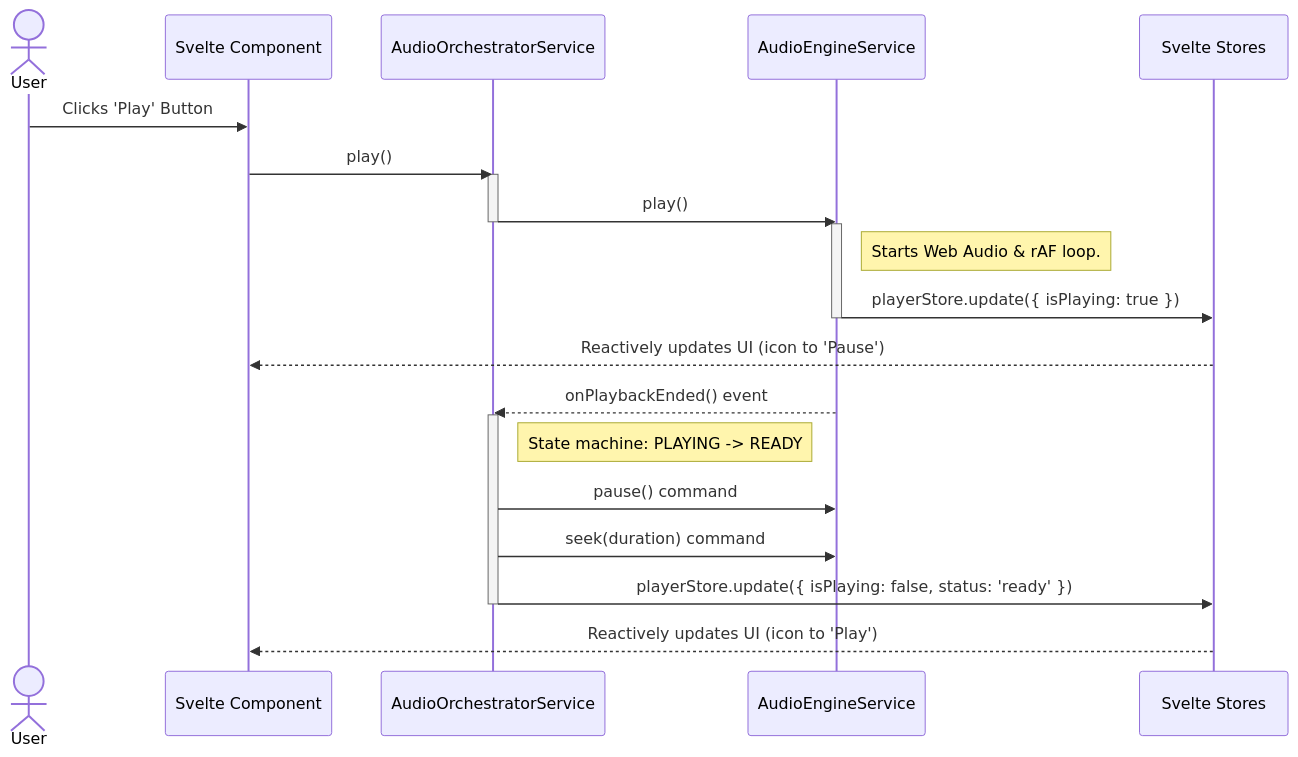
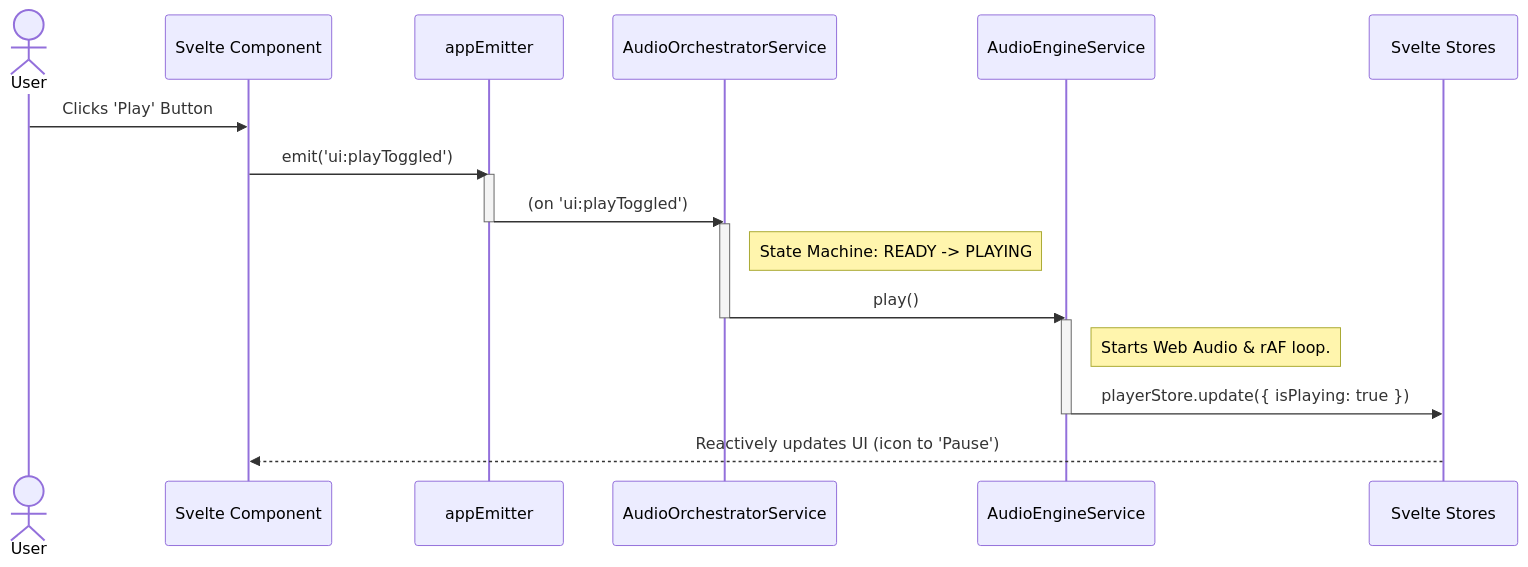
The second of 2 diagrams in REFACTOR_PLAN.md (averykhoo/vibe-player-v3), drawn with Mermaid before and after one commit. The commit also changed other lines of this file, not shown here.

````diff
--- a/REFACTOR_PLAN.md
+++ b/REFACTOR_PLAN.md
@@ -1173,29 +1140,28 @@
 ```mermaid
 sequenceDiagram
     actor User
     participant UI as Svelte Component
+    participant Emitter as appEmitter
     participant Orchestrator as AudioOrchestratorService
     participant Engine as AudioEngineService
     participant Store as Svelte Stores
 
     User->>UI: Clicks 'Play' Button
-    UI->>Orchestrator: play()
+    UI->>Emitter: emit('ui:playToggled')
+    
+    activate Emitter
+    Emitter->>Orchestrator: (on 'ui:playToggled')
+    deactivate Emitter
+    
     activate Orchestrator
+    note right of Orchestrator: State Machine: READY -> PLAYING
     Orchestrator->>Engine: play()
     deactivate Orchestrator
+
     activate Engine
     note right of Engine: Starts Web Audio & rAF loop.
     Engine->>Store: playerStore.update({ isPlaying: true })
     deactivate Engine
+    
     Store-->>UI: Reactively updates UI (icon to 'Pause')
-
-    %% Some time later... Audio ends
-    Engine-->>Orchestrator: onPlaybackEnded() event
-    activate Orchestrator
-    note right of Orchestrator: State machine: PLAYING -> READY
-    Orchestrator->>Engine: pause() command
-    Orchestrator->>Engine: seek(duration) command
-    Orchestrator->>Store: playerStore.update({ isPlaying: false, status: 'ready' })
-    deactivate Orchestrator
-    Store-->>UI: Reactively updates UI (icon to 'Play')
 ```
````
